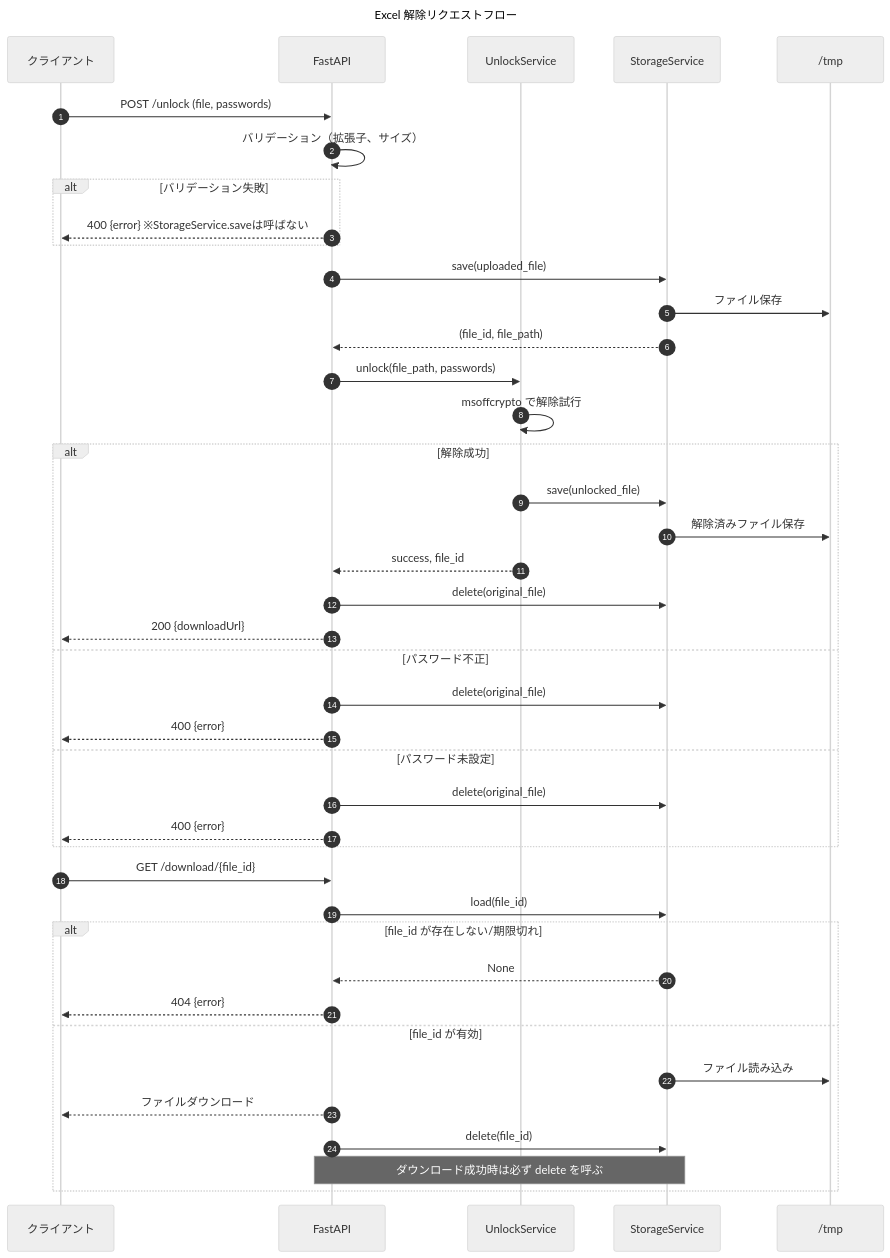
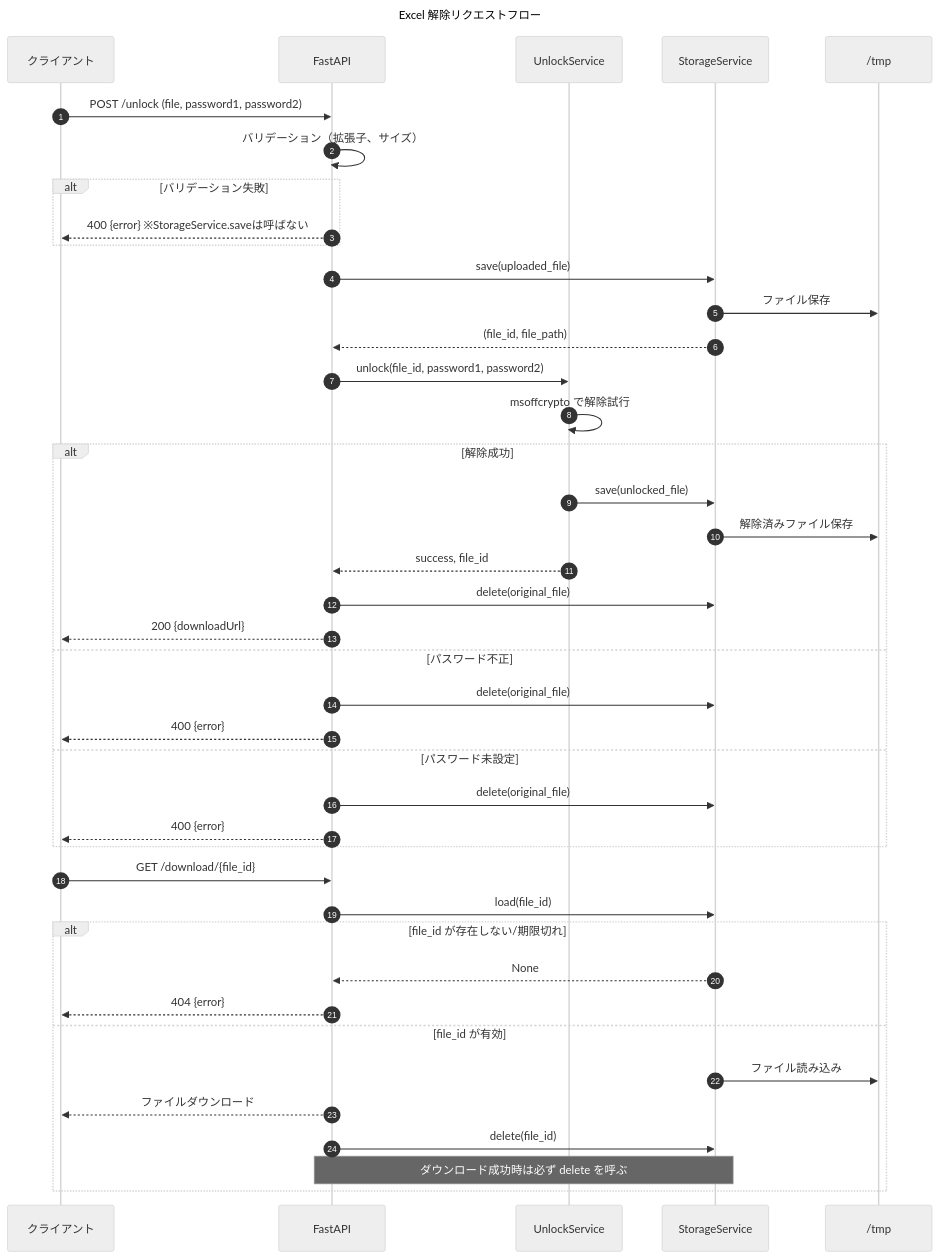
The second of 2 diagrams in .kiro/specs/docker-excel-unlocker/design.md (hirokun-hub/python-excel-unlocker), drawn with Mermaid before and after one commit. The commit also changed other lines of this file and 2 other files, not shown here.

````diff
--- a/.kiro/specs/docker-excel-unlocker/design.md
+++ b/.kiro/specs/docker-excel-unlocker/design.md
@@ -51,51 +51,51 @@
 ```mermaid
 ---
 title: Excel 解除リクエストフロー
 config:
   theme: neutral
   sequence:
     showSequenceNumbers: true
 ---
 sequenceDiagram
     participant C as クライアント
     participant F as FastAPI
     participant U as UnlockService
     participant S as StorageService
     participant T as /tmp
 
-    C->>F: POST /unlock (file, passwords)
+    C->>F: POST /unlock (file, password1, password2)
     F->>F: バリデーション（拡張子、サイズ）
     alt バリデーション失敗
         F-->>C: 400 {error} ※StorageService.saveは呼ばない
     end
     F->>S: save(uploaded_file)
     S->>T: ファイル保存
     S-->>F: (file_id, file_path)
-    F->>U: unlock(file_path, passwords)
+    F->>U: unlock(file_id, password1, password2)
     U->>U: msoffcrypto で解除試行
     alt 解除成功
         U->>S: save(unlocked_file)
         S->>T: 解除済みファイル保存
         U-->>F: success, file_id
         F->>S: delete(original_file)
         F-->>C: 200 {downloadUrl}
     else パスワード不正
         F->>S: delete(original_file)
         F-->>C: 400 {error}
     else パスワード未設定
         F->>S: delete(original_file)
         F-->>C: 400 {error}
     end
     
     C->>F: GET /download/{file_id}
     F->>S: load(file_id)
     alt file_id が存在しない/期限切れ
         S-->>F: None
         F-->>C: 404 {error}
     else file_id が有効
         S->>T: ファイル読み込み
         F-->>C: ファイルダウンロード
         F->>S: delete(file_id)
         Note over F,S: ダウンロード成功時は必ず delete を呼ぶ
     end
 ```
````
